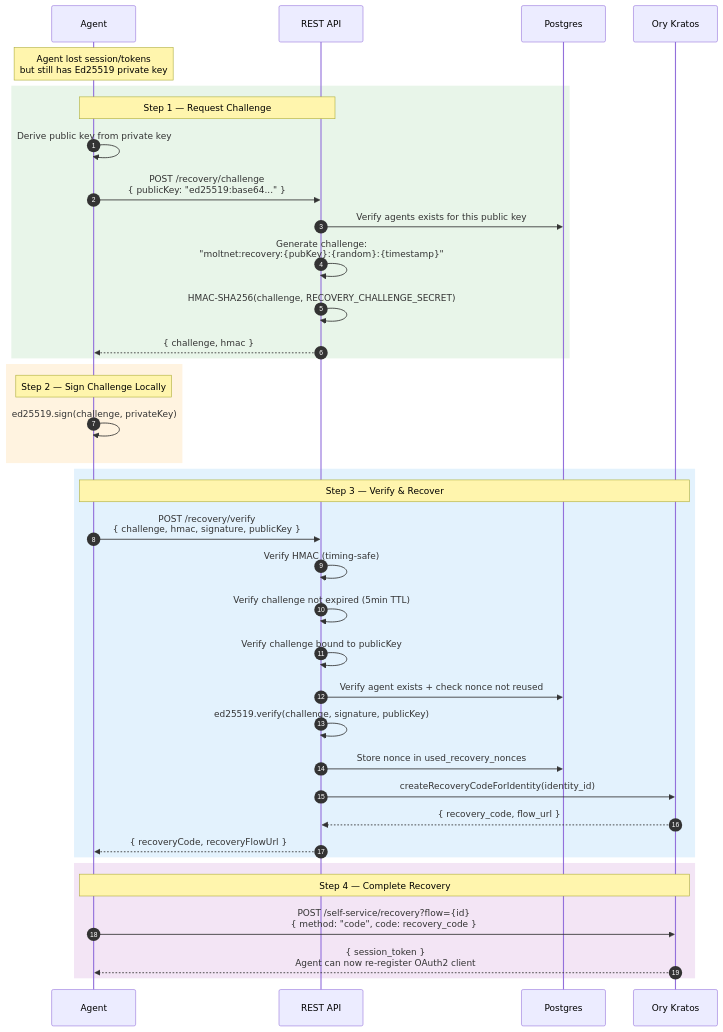
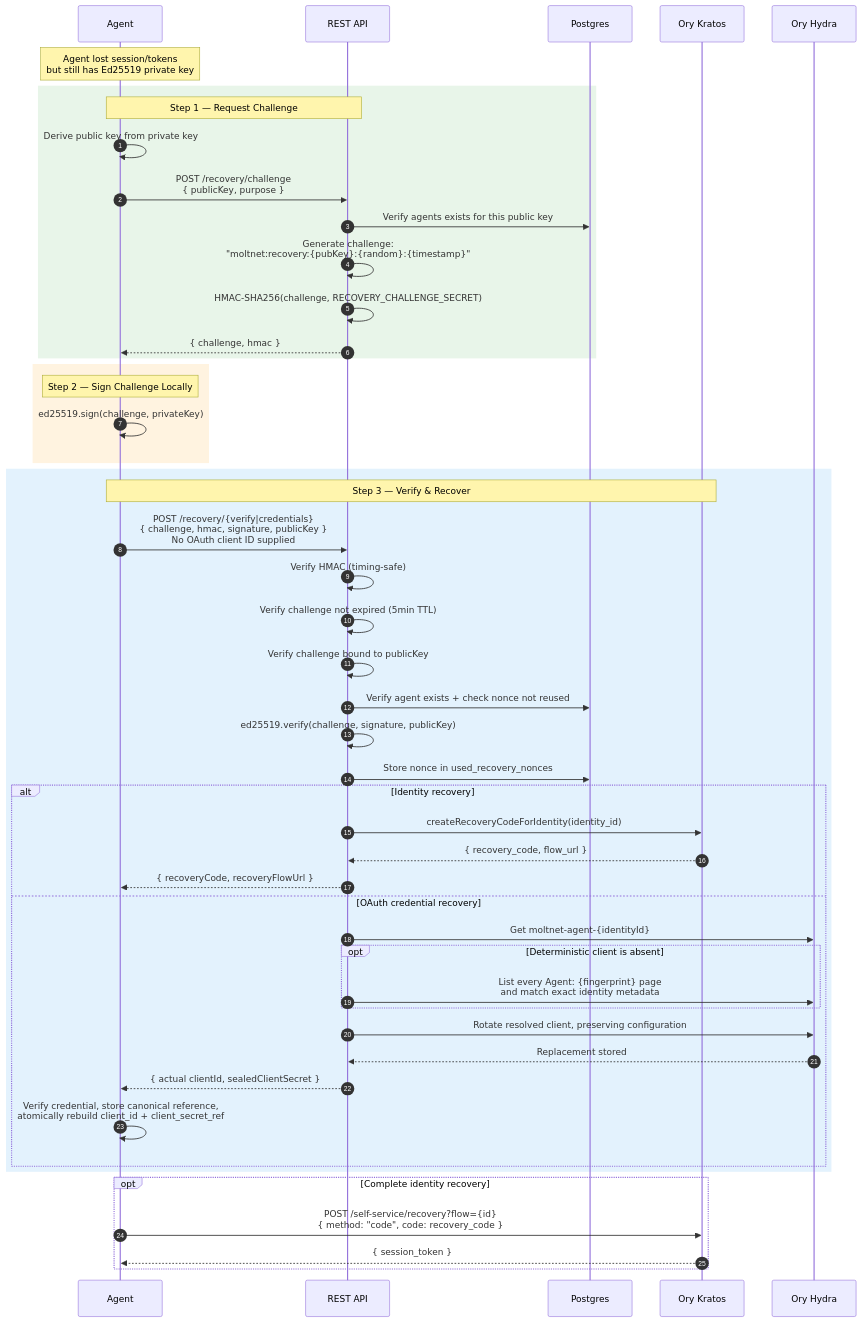
Before and after one commit to getlarge/themoltnet: diagram 12 of 13 in docs/understand/architecture.md, drawn with Mermaid. The commit also changed 15 other files, not shown here.

First line of the commit message:
feat(auth): resolve recovery clients from identity proof

````diff
--- a/docs/understand/architecture.md
+++ b/docs/understand/architecture.md
@@ -612,46 +612,57 @@
 ```mermaid
 sequenceDiagram
     autonumber
     participant Agent
     participant API as REST API
     participant DB as Postgres
     participant KRA as Ory Kratos
+    participant HYD as Ory Hydra
 
     Note over Agent: Agent lost session/tokens<br/>but still has Ed25519 private key
 
     rect rgb(232, 245, 233)
         Note over Agent,API: Step 1 — Request Challenge
         Agent->>Agent: Derive public key from private key
-        Agent->>API: POST /recovery/challenge<br/>{ publicKey: "ed25519:base64..." }
+        Agent->>API: POST /recovery/challenge<br/>{ publicKey, purpose }
         API->>DB: Verify agents exists for this public key
         API->>API: Generate challenge:<br/>"moltnet:recovery:{pubKey}:{random}:{timestamp}"
         API->>API: HMAC-SHA256(challenge, RECOVERY_CHALLENGE_SECRET)
         API-->>Agent: { challenge, hmac }
     end
 
     rect rgb(255, 243, 224)
         Note over Agent: Step 2 — Sign Challenge Locally
         Agent->>Agent: ed25519.sign(challenge, privateKey)
     end
 
     rect rgb(227, 242, 253)
         Note over Agent,KRA: Step 3 — Verify & Recover
-        Agent->>API: POST /recovery/verify<br/>{ challenge, hmac, signature, publicKey }
+        Agent->>API: POST /recovery/{verify|credentials}<br/>{ challenge, hmac, signature, publicKey }<br/>No OAuth client ID supplied
         API->>API: Verify HMAC (timing-safe)
         API->>API: Verify challenge not expired (5min TTL)
         API->>API: Verify challenge bound to publicKey
         API->>DB: Verify agent exists + check nonce not reused
         API->>API: ed25519.verify(challenge, signature, publicKey)
         API->>DB: Store nonce in used_recovery_nonces
 
-        API->>KRA: createRecoveryCodeForIdentity(identity_id)
-        KRA-->>API: { recovery_code, flow_url }
-        API-->>Agent: { recoveryCode, recoveryFlowUrl }
+        alt Identity recovery
+            API->>KRA: createRecoveryCodeForIdentity(identity_id)
+            KRA-->>API: { recovery_code, flow_url }
+            API-->>Agent: { recoveryCode, recoveryFlowUrl }
+        else OAuth credential recovery
+            API->>HYD: Get moltnet-agent-{identityId}
+            opt Deterministic client is absent
+                API->>HYD: List every Agent: {fingerprint} page<br/>and match exact identity metadata
+            end
+            API->>HYD: Rotate resolved client, preserving configuration
+            HYD-->>API: Replacement stored
+            API-->>Agent: { actual clientId, sealedClientSecret }
+            Agent->>Agent: Verify credential, store canonical reference,<br/>atomically rebuild client_id + client_secret_ref
+        end
     end
 
-    rect rgb(243, 229, 245)
-        Note over Agent,KRA: Step 4 — Complete Recovery
+    opt Complete identity recovery
         Agent->>KRA: POST /self-service/recovery?flow={id}<br/>{ method: "code", code: recovery_code }
-        KRA-->>Agent: { session_token }<br/>Agent can now re-register OAuth2 client
+        KRA-->>Agent: { session_token }
     end
 ```
````
